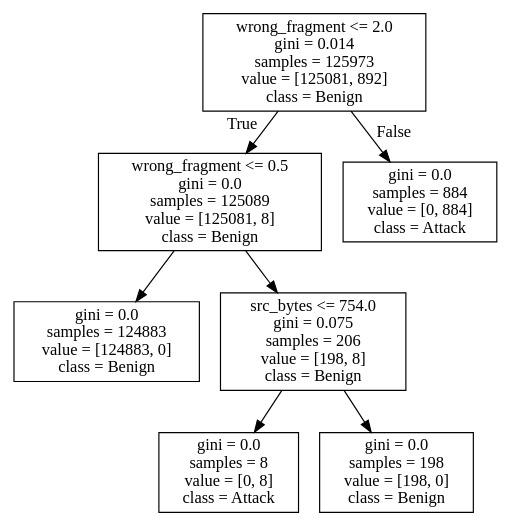
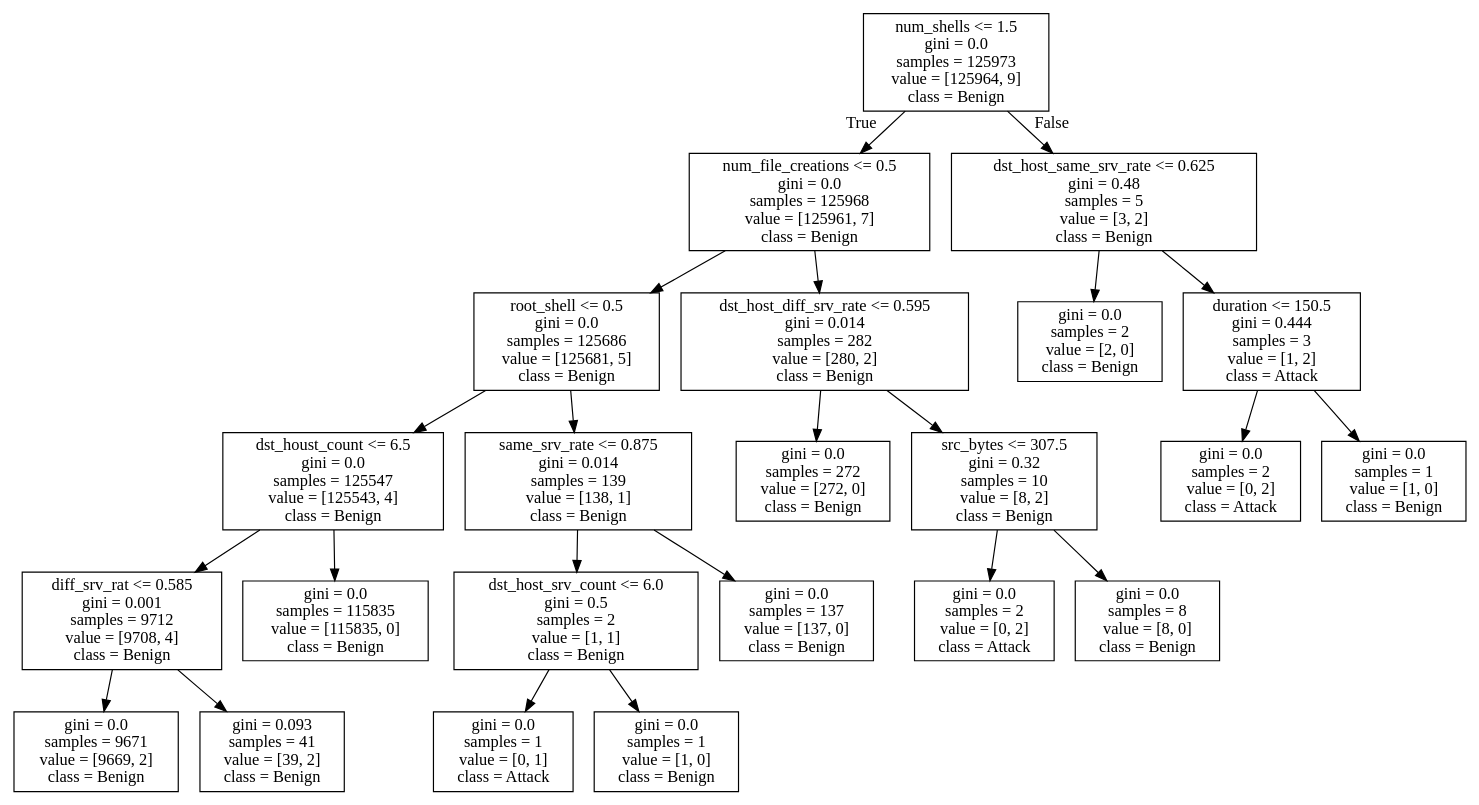
Before and after one commit to raymogg/GeneticAlgorithmIDSAttacks: the diagram in Source.gv, drawn with Graphviz. The commit also changed 7 other files, not shown here.

```diff
--- a/Source.gv
+++ b/Source.gv
@@ -1,16 +1,48 @@
 digraph Tree {
 node [shape=box] ;
-0 [label="wrong_fragment <= 2.0\ngini = 0.014\nsamples = 125973\nvalue = [125081, 892]\nclass = Benign"] ;
-1 [label="wrong_fragment <= 0.5\ngini = 0.0\nsamples = 125089\nvalue = [125081, 8]\nclass = Benign"] ;
+0 [label="num_shells <= 1.5\ngini = 0.0\nsamples = 125973\nvalue = [125964, 9]\nclass = Benign"] ;
+1 [label="num_file_creations <= 0.5\ngini = 0.0\nsamples = 125968\nvalue = [125961, 7]\nclass = Benign"] ;
 0 -> 1 [labeldistance=2.5, labelangle=45, headlabel="True"] ;
-2 [label="gini = 0.0\nsamples = 124883\nvalue = [124883, 0]\nclass = Benign"] ;
+2 [label="root_shell <= 0.5\ngini = 0.0\nsamples = 125686\nvalue = [125681, 5]\nclass = Benign"] ;
 1 -> 2 ;
-3 [label="src_bytes <= 754.0\ngini = 0.075\nsamples = 206\nvalue = [198, 8]\nclass = Benign"] ;
-1 -> 3 ;
-4 [label="gini = 0.0\nsamples = 8\nvalue = [0, 8]\nclass = Attack"] ;
+3 [label="dst_houst_count <= 6.5\ngini = 0.0\nsamples = 125547\nvalue = [125543, 4]\nclass = Benign"] ;
+2 -> 3 ;
+4 [label="diff_srv_rat <= 0.585\ngini = 0.001\nsamples = 9712\nvalue = [9708, 4]\nclass = Benign"] ;
 3 -> 4 ;
-5 [label="gini = 0.0\nsamples = 198\nvalue = [198, 0]\nclass = Benign"] ;
-3 -> 5 ;
-6 [label="gini = 0.0\nsamples = 884\nvalue = [0, 884]\nclass = Attack"] ;
-0 -> 6 [labeldistance=2.5, labelangle=-45, headlabel="False"] ;
+5 [label="gini = 0.0\nsamples = 9671\nvalue = [9669, 2]\nclass = Benign"] ;
+4 -> 5 ;
+6 [label="gini = 0.093\nsamples = 41\nvalue = [39, 2]\nclass = Benign"] ;
+4 -> 6 ;
+7 [label="gini = 0.0\nsamples = 115835\nvalue = [115835, 0]\nclass = Benign"] ;
+3 -> 7 ;
+8 [label="same_srv_rate <= 0.875\ngini = 0.014\nsamples = 139\nvalue = [138, 1]\nclass = Benign"] ;
+2 -> 8 ;
+9 [label="dst_host_srv_count <= 6.0\ngini = 0.5\nsamples = 2\nvalue = [1, 1]\nclass = Benign"] ;
+8 -> 9 ;
+10 [label="gini = 0.0\nsamples = 1\nvalue = [0, 1]\nclass = Attack"] ;
+9 -> 10 ;
+11 [label="gini = 0.0\nsamples = 1\nvalue = [1, 0]\nclass = Benign"] ;
+9 -> 11 ;
+12 [label="gini = 0.0\nsamples = 137\nvalue = [137, 0]\nclass = Benign"] ;
+8 -> 12 ;
+13 [label="dst_host_diff_srv_rate <= 0.595\ngini = 0.014\nsamples = 282\nvalue = [280, 2]\nclass = Benign"] ;
+1 -> 13 ;
+14 [label="gini = 0.0\nsamples = 272\nvalue = [272, 0]\nclass = Benign"] ;
+13 -> 14 ;
+15 [label="src_bytes <= 307.5\ngini = 0.32\nsamples = 10\nvalue = [8, 2]\nclass = Benign"] ;
+13 -> 15 ;
+16 [label="gini = 0.0\nsamples = 2\nvalue = [0, 2]\nclass = Attack"] ;
+15 -> 16 ;
+17 [label="gini = 0.0\nsamples = 8\nvalue = [8, 0]\nclass = Benign"] ;
+15 -> 17 ;
+18 [label="dst_host_same_srv_rate <= 0.625\ngini = 0.48\nsamples = 5\nvalue = [3, 2]\nclass = Benign"] ;
+0 -> 18 [labeldistance=2.5, labelangle=-45, headlabel="False"] ;
+19 [label="gini = 0.0\nsamples = 2\nvalue = [2, 0]\nclass = Benign"] ;
+18 -> 19 ;
+20 [label="duration <= 150.5\ngini = 0.444\nsamples = 3\nvalue = [1, 2]\nclass = Attack"] ;
+18 -> 20 ;
+21 [label="gini = 0.0\nsamples = 2\nvalue = [0, 2]\nclass = Attack"] ;
+20 -> 21 ;
+22 [label="gini = 0.0\nsamples = 1\nvalue = [1, 0]\nclass = Benign"] ;
+20 -> 22 ;
 }
```
